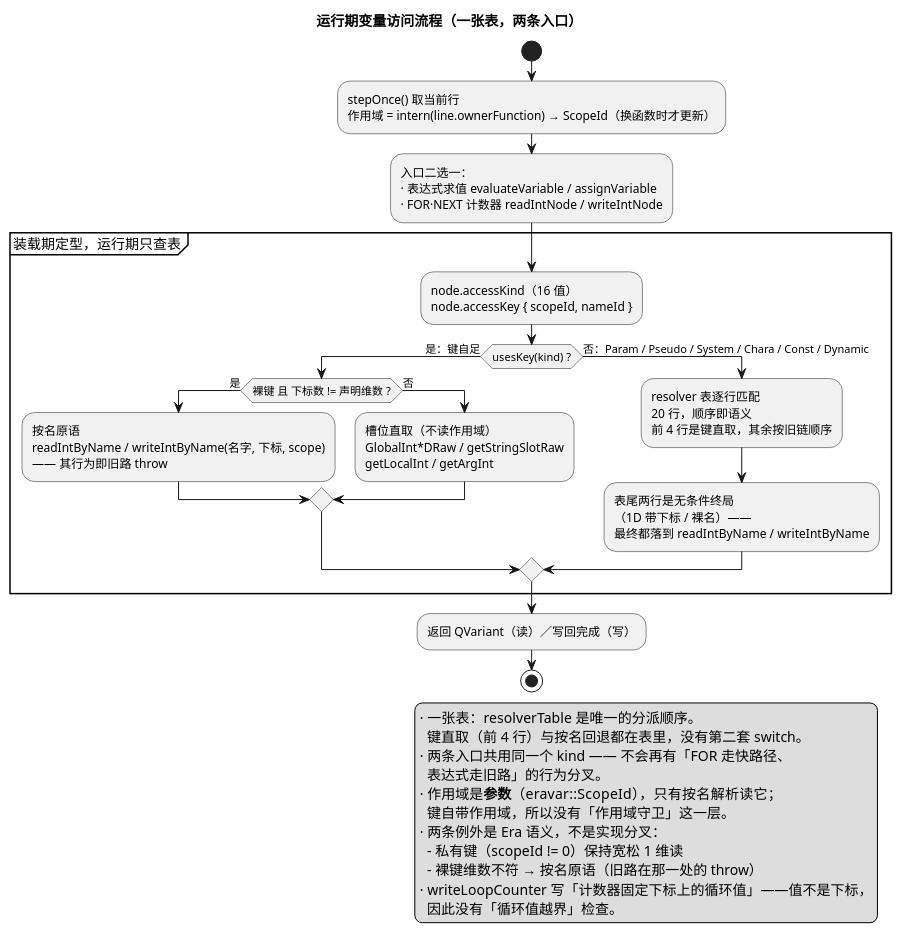
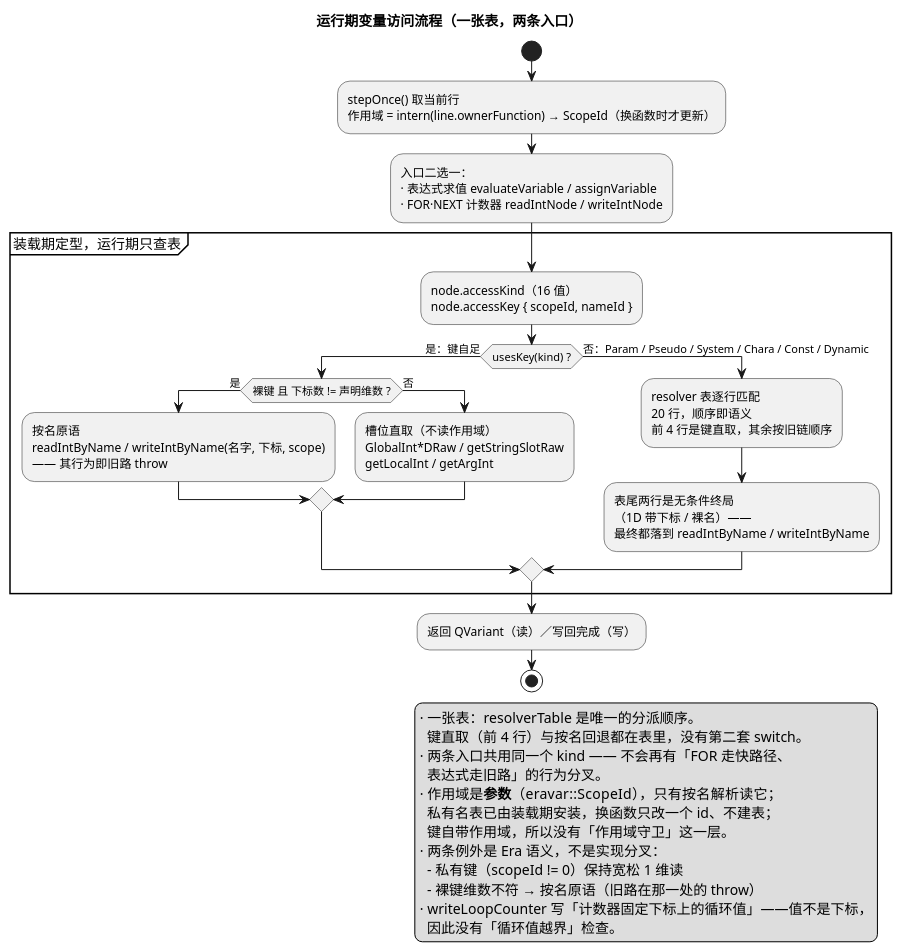
The diagram in docs/uml/05-variable-access.puml (yigekuyou/qt-eraemu), drawn with PlantUML before and after one commit. The commit also changed 6 other files, not shown here.

First line of the commit message:
docs/uml：补存档流、私有名表与阶段机（新增 08-save-load）

```diff
--- a/docs/uml/05-variable-access.puml
+++ b/docs/uml/05-variable-access.puml
@@ -1,55 +1,56 @@
 @startuml 05-variable-access
 ' 无 graphviz(dot) 时用 PlantUML 内置 smetana 布局引擎
 !pragma layout smetana
 ' 竖直排列 if/elseif，避免横向漂移（旧版本忽略此行也能渲染）
 !pragma useVerticalIf on
 ' emuera —— 运行期变量访问：两条入口 → 一张表 → 唯一按名原语
 ' 渲染：plantuml -tpng docs/uml/05-variable-access.puml
 title 运行期变量访问流程（一张表，两条入口）
 
 start
 :stepOnce() 取当前行
 作用域 = intern(line.ownerFunction) → ScopeId（换函数时才更新）;
 :入口二选一：
 · 表达式求值 evaluateVariable / assignVariable
 · FOR·NEXT 计数器 readIntNode / writeIntNode;
 
 partition "装载期定型，运行期只查表" {
   :node.accessKind（16 值）
   node.accessKey { scopeId, nameId };
   if (usesKey(kind) ?) then (是：键自足)
     if (裸键 且 下标数 != 声明维数 ?) then (是)
       :按名原语
       readIntByName / writeIntByName(名字, 下标, scope)
       —— 其行为即旧路 throw;
     else (否)
       :槽位直取（不读作用域）
       GlobalInt*DRaw / getStringSlotRaw
       getLocalInt / getArgInt;
     endif
   else (否：Param / Pseudo / System / Chara / Const / Dynamic)
     :resolver 表逐行匹配
     20 行，顺序即语义
     前 4 行是键直取，其余按旧链顺序;
     :表尾两行是无条件终局
     （1D 带下标 / 裸名）——
     最终都落到 readIntByName / writeIntByName;
   endif
 }
 :返回 QVariant（读）／写回完成（写）;
 stop
 
 legend right
   · 一张表：resolverTable 是唯一的分派顺序。
     键直取（前 4 行）与按名回退都在表里，没有第二套 switch。
   · 两条入口共用同一个 kind —— 不会再有「FOR 走快路径、
     表达式走旧路」的行为分叉。
   · 作用域是**参数**（eravar::ScopeId），只有按名解析读它；
+    私有名表已由装载期安装，换函数只改一个 id、不建表；
     键自带作用域，所以没有「作用域守卫」这一层。
   · 两条例外是 Era 语义，不是实现分叉：
     - 私有键（scopeId != 0）保持宽松 1 维读
     - 裸键维数不符 → 按名原语（旧路在那一处的 throw）
   · writeLoopCounter 写「计数器固定下标上的循环值」——值不是下标，
     因此没有「循环值越界」检查。
 endlegend
 @enduml
```
